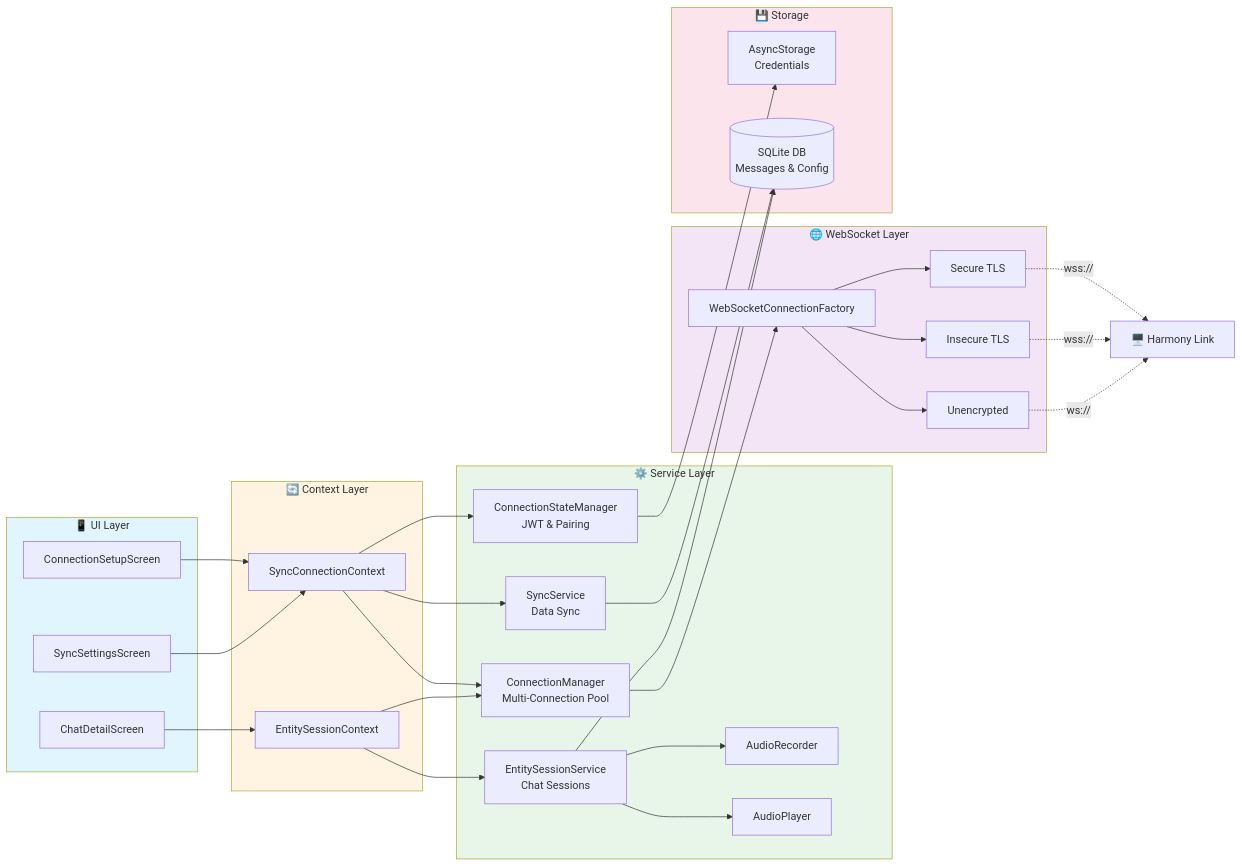
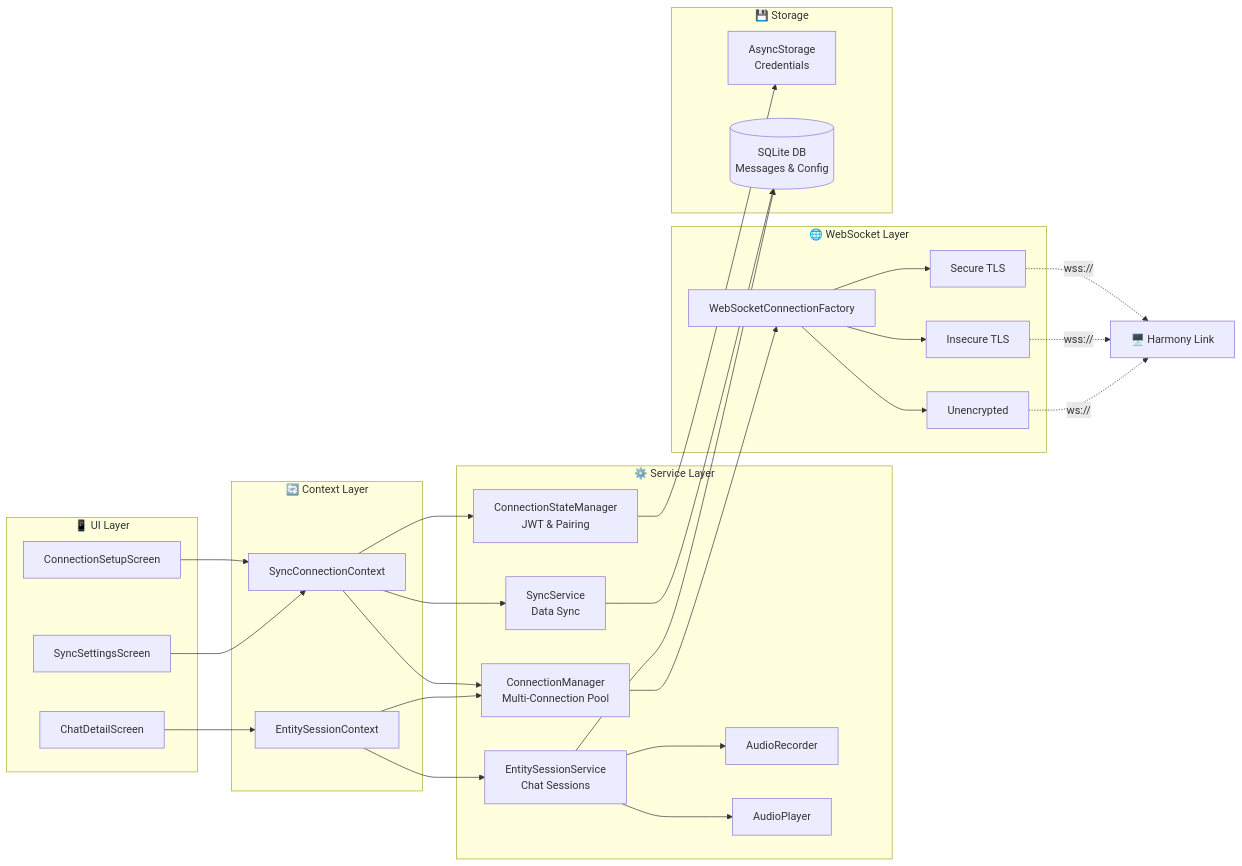
The first of 3 diagrams in docs/harmony-link-diagrams/01-connection-architecture.md (harmony-ai-solutions/harmony-ai-app), drawn with Mermaid before and after one commit.

````diff
--- a/docs/harmony-link-diagrams/01-connection-architecture.md
+++ b/docs/harmony-link-diagrams/01-connection-architecture.md
@@ -7,66 +7,60 @@
 ```mermaid
 graph LR
     subgraph UI["📱 UI Layer"]
         Setup[ConnectionSetupScreen]
         Chat[ChatDetailScreen]
         Sync[SyncSettingsScreen]
     end
     
     subgraph Context["🔄 Context Layer"]
         SyncCtx[SyncConnectionContext]
         EntityCtx[EntitySessionContext]
     end
     
     subgraph Services["⚙️ Service Layer"]
         CSM[ConnectionStateManager<br/>JWT & Pairing]
         CM[ConnectionManager<br/>Multi-Connection Pool]
         SS[SyncService<br/>Data Sync]
         ESS[EntitySessionService<br/>Chat Sessions]
         AR[AudioRecorder]
         AP[AudioPlayer]
     end
     
     subgraph WS["🌐 WebSocket Layer"]
         Factory[WebSocketConnectionFactory]
         Secure[Secure TLS]
         Insecure[Insecure TLS]
         Unencrypted[Unencrypted]
     end
     
     subgraph Storage["💾 Storage"]
         AS[AsyncStorage<br/>Credentials]
         DB[(SQLite DB<br/>Messages & Config)]
     end
     
     Setup --> SyncCtx
     Chat --> EntityCtx
     Sync --> SyncCtx
     
     SyncCtx --> CSM
     SyncCtx --> CM
     SyncCtx --> SS
     
     EntityCtx --> ESS
     EntityCtx --> CM
     
     CSM --> AS
     SS --> DB
     ESS --> DB
     ESS --> AR
     ESS --> AP
     
     CM --> Factory
     Factory --> Secure
     Factory --> Insecure
     Factory --> Unencrypted
     
     Secure -.->|wss://| HL[🖥️ Harmony Link]
     Insecure -.->|wss://| HL
     Unencrypted -.->|ws://| HL
-    
-    style UI fill:#e1f5ff
-    style Context fill:#fff4e1
-    style Services fill:#e8f5e9
-    style WS fill:#f3e5f5
-    style Storage fill:#fce4ec
 ```
````
